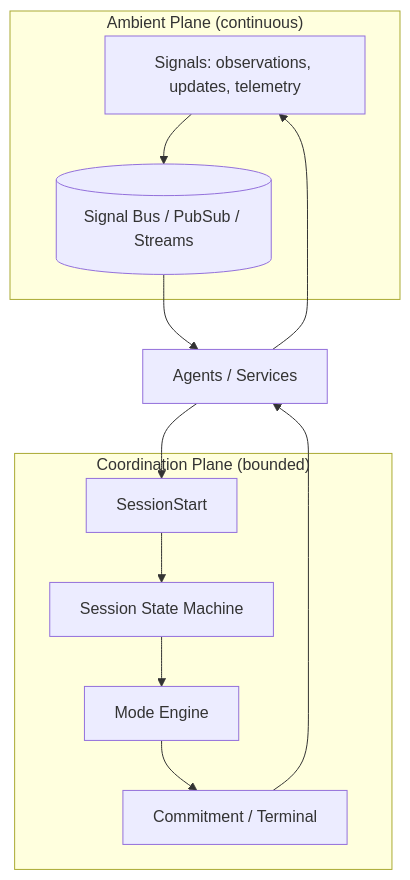
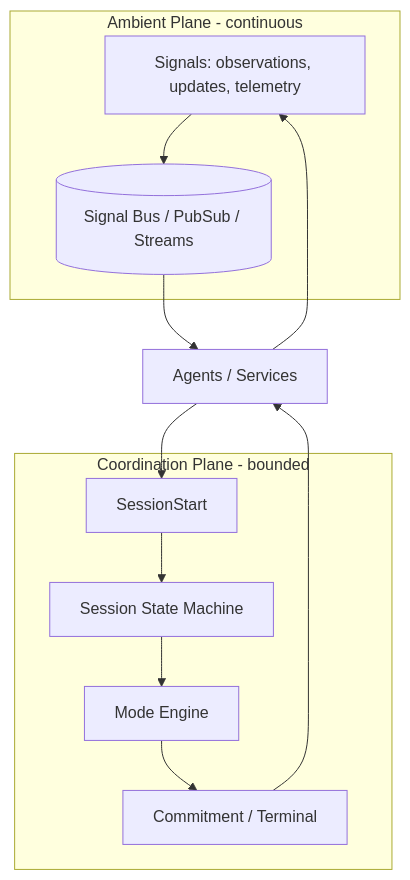
One commit to multiagentcoordinationprotocol/multiagentcoordinationprotocol changed the first of 6 diagrams in docs/architecture.md. Above: the diagram before and after it, drawn with Mermaid. The commit also changed other lines of this file and 2 other files, not shown here.

````diff
--- a/docs/architecture.md
+++ b/docs/architecture.md
@@ -74,22 +64,22 @@
 ```mermaid
 flowchart TB
-  subgraph Ambient["Ambient Plane (continuous)"]
-    S[Signals: observations, updates, telemetry]
-    Bus[(Signal Bus / PubSub / Streams)]
+  subgraph Ambient["Ambient Plane - continuous"]
+    S["Signals: observations, updates, telemetry"]
+    Bus[("Signal Bus / PubSub / Streams")]
     S --> Bus
   end
 
-  subgraph Convergent["Coordination Plane (bounded)"]
-    SS[SessionStart]
-    SM[Session State Machine]
-    ME[Mode Engine]
-    C[Commitment / Terminal]
+  subgraph Convergent["Coordination Plane - bounded"]
+    SS["SessionStart"]
+    SM["Session State Machine"]
+    ME["Mode Engine"]
+    C["Commitment / Terminal"]
     SS --> SM --> ME --> C
   end
 
-  Agents[Agents / Services] --> S
+  Agents["Agents / Services"] --> S
   Agents --> SS
 
   Bus --> Agents
   C --> Agents
 ```
````
